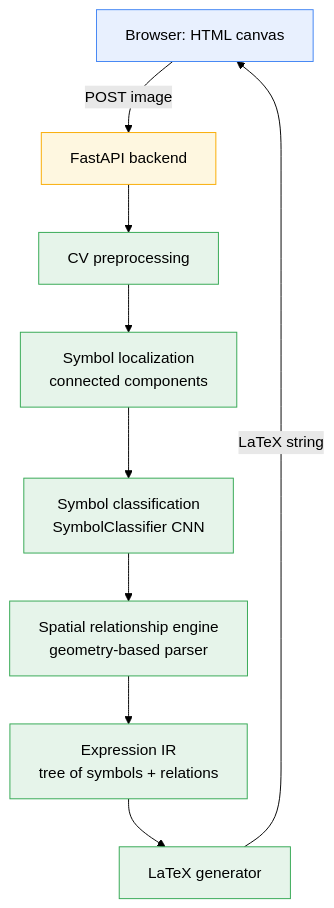
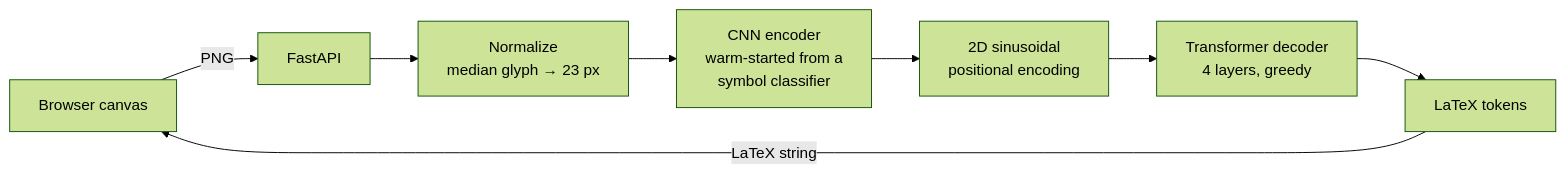
One commit to ryanwhitford/LaTeXVision changed the diagram in README.md. Above: the diagram before and after it, drawn with Mermaid (forest theme). The commit also changed other lines of this file and 40 other files, not shown here.

First line of the commit message:
Replace rule-based expression engine with image-to-LaTeX transformer

````diff
--- a/README.md
+++ b/README.md
@@ -23,20 +13,10 @@
 ```mermaid
-flowchart TD
-    A[Browser: HTML canvas] -->|POST image| B[FastAPI backend]
-    B --> C[CV preprocessing]
-    C --> D[Symbol localization<br/>connected components]
-    D --> E[Symbol classification<br/>SymbolClassifier CNN]
-    E --> F[Spatial relationship engine<br/>geometry-based parser]
-    F --> G[Expression IR<br/>tree of symbols + relations]
-    G --> H[LaTeX generator]
-    H -->|LaTeX string| A
-
-    style A fill:#e8f0fe,stroke:#4285f4
-    style B fill:#fef7e0,stroke:#f9ab00
-    style C fill:#e6f4ea,stroke:#34a853
-    style D fill:#e6f4ea,stroke:#34a853
-    style E fill:#e6f4ea,stroke:#34a853
-    style F fill:#e6f4ea,stroke:#34a853
-    style G fill:#e6f4ea,stroke:#34a853
-    style H fill:#e6f4ea,stroke:#34a853
+flowchart LR
+    A[Browser canvas] -->|PNG| B[FastAPI]
+    B --> C[Normalize<br/>median glyph → 23 px]
+    C --> D[CNN encoder<br/>warm-started from a<br/>symbol classifier]
+    D --> E[2D sinusoidal<br/>positional encoding]
+    E --> F[Transformer decoder<br/>4 layers, greedy]
+    F --> G[LaTeX tokens]
+    G -->|LaTeX string| A
 ```
````
